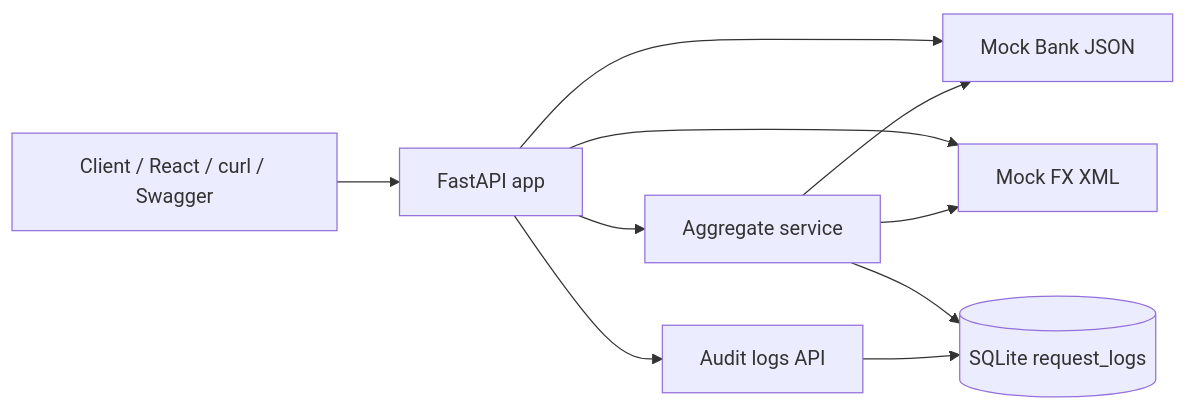
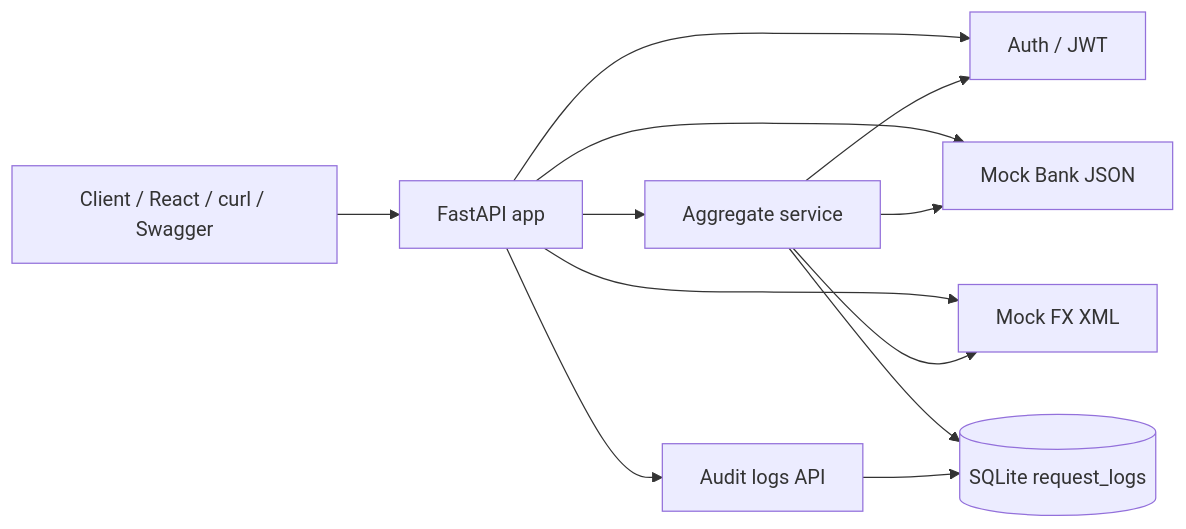
One commit to turjoy18/open-banking-integration-sandbox changed the diagram in docs/architecture.md. Above: the diagram before and after it, drawn with Mermaid. The commit also changed other lines of this file and 4 other files, not shown here.

Commit message:
docs: document JWT auth flow for API and dashboard Cover login, protected aggregate access, demo credentials, and test checks.

````diff
--- a/docs/architecture.md
+++ b/docs/architecture.md
@@ -9,12 +9,14 @@
 ```mermaid
 flowchart LR
   Client[Client / React / curl / Swagger] --> API[FastAPI app]
+  API --> Auth[Auth / JWT]
   API --> Bank[Mock Bank JSON]
   API --> FX[Mock FX XML]
   API --> Agg[Aggregate service]
   API --> Audit[Audit logs API]
+  Agg --> Auth
   Agg --> Bank
   Agg --> FX
   Agg --> DB[(SQLite request_logs)]
   Audit --> DB
 ```
````
